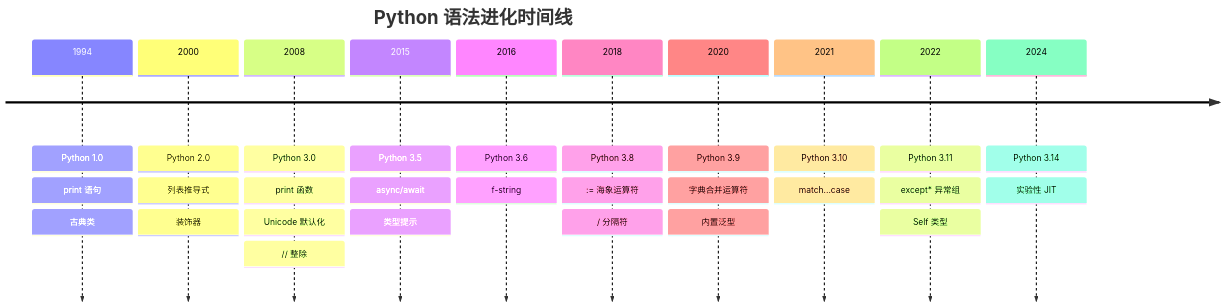
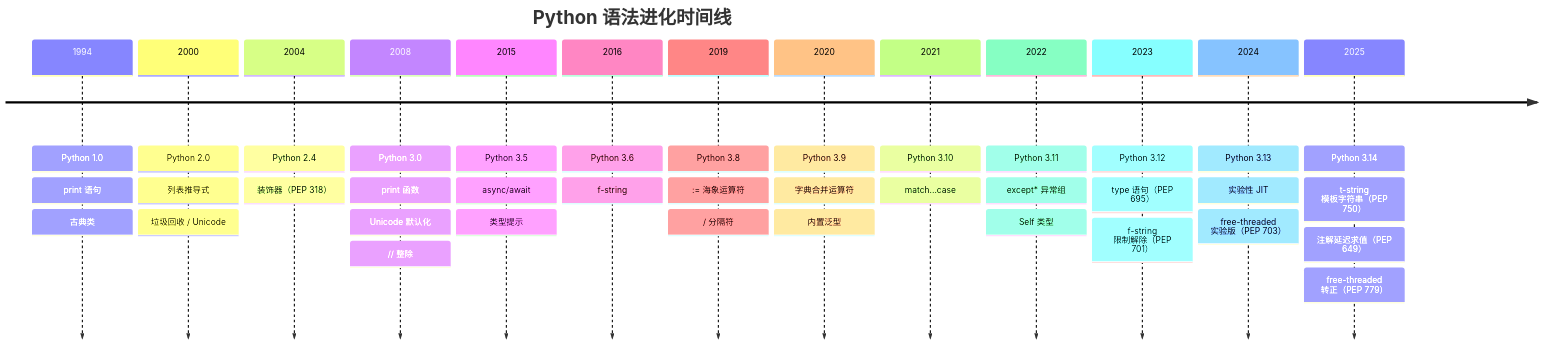
Before and after one commit to before80/prgms: the fourth of 4 diagrams in content/Python/basic/Chapter-02-Python-Evolution.md, drawn with Mermaid. The commit also changed other lines of this file and 1645 other files, not shown here.

````diff
--- a/content/Python/basic/Chapter-02-Python-Evolution.md
+++ b/content/Python/basic/Chapter-02-Python-Evolution.md
@@ -2538,33 +2659,43 @@
 ```mermaid
 timeline
     title Python 语法进化时间线
     1994 : Python 1.0
          : print 语句
          : 古典类
     2000 : Python 2.0
          : 列表推导式
-         : 装饰器
+         : 垃圾回收 / Unicode
+    2004 : Python 2.4
+         : 装饰器（PEP 318）
     2008 : Python 3.0
          : print 函数
          : Unicode 默认化
          : // 整除
     2015 : Python 3.5
          : async/await
          : 类型提示
     2016 : Python 3.6
          : f-string
-    2018 : Python 3.8
+    2019 : Python 3.8
          : := 海象运算符
          : / 分隔符
     2020 : Python 3.9
          : 字典合并运算符
          : 内置泛型
     2021 : Python 3.10
-         : match...case
+        : match...case
     2022 : Python 3.11
-         : except* 异常组
-         : Self 类型
-    2024 : Python 3.14
-         : 实验性 JIT
+        : except* 异常组
+        : Self 类型
+    2023 : Python 3.12
+        : type 语句（PEP 695）
+        : f-string 限制解除（PEP 701）
+    2024 : Python 3.13
+        : 实验性 JIT
+        : free-threaded 实验版（PEP 703）
+    2025 : Python 3.14
+        : t-string 模板字符串（PEP 750）
+        : 注解延迟求值（PEP 649）
+        : free-threaded 转正（PEP 779）
 
 ```
````
